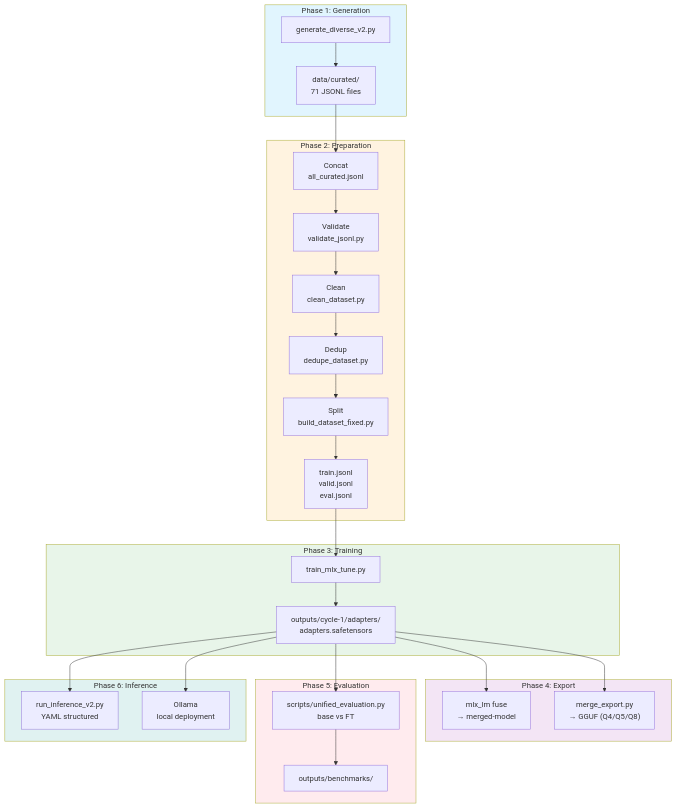
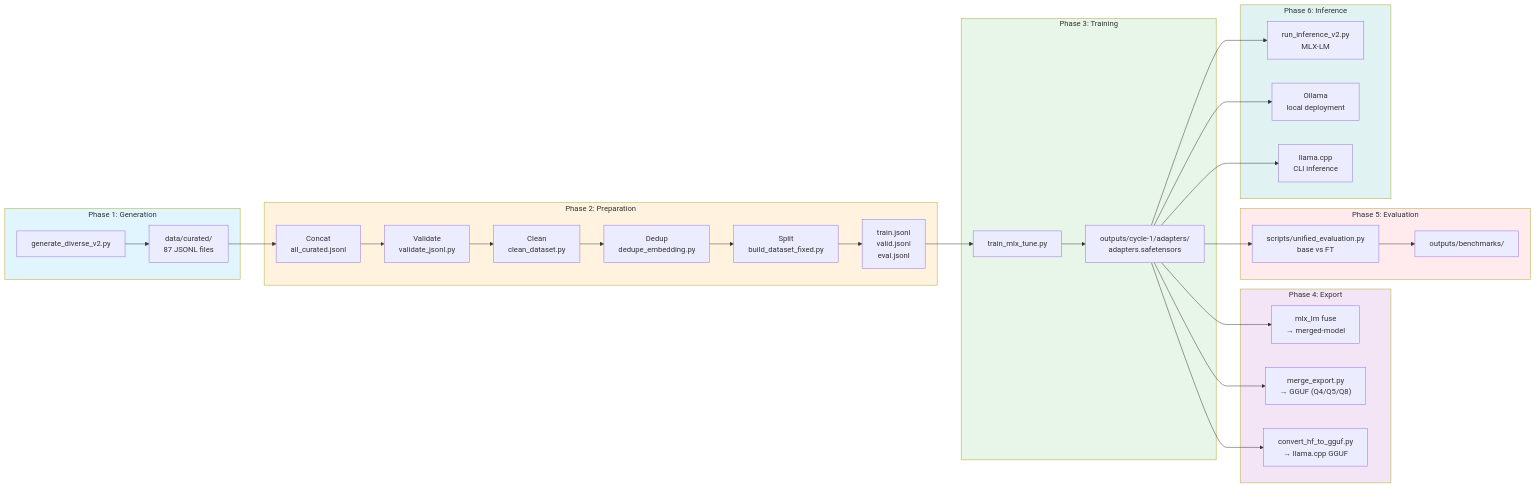
The diagram in README.md (otavio-lemos/olia-2-oci), drawn with Mermaid before and after one commit. The commit also changed other lines of this file and 209 other files, not shown here.

````diff
--- a/README.md
+++ b/README.md
@@ -19,43 +19,45 @@
 ```mermaid
-flowchart TB
+flowchart LR
     subgraph GENERATION["Phase 1: Generation"]
         A["generate_diverse_v2.py"]
-        A --> B["data/curated/<br/>71 JSONL files"]
+        A --> B["data/curated/<br/>87 JSONL files"]
     end
 
     subgraph PREPARATION["Phase 2: Preparation"]
         B --> C1["Concat<br/>all_curated.jsonl"]
         C1 --> C2["Validate<br/>validate_jsonl.py"]
         C2 --> C3["Clean<br/>clean_dataset.py"]
-        C3 --> C4["Dedup<br/>dedupe_dataset.py"]
+        C3 --> C4["Dedup<br/>dedupe_embedding.py"]
         C4 --> C5["Split<br/>build_dataset_fixed.py"]
         C5 --> D["train.jsonl<br/>valid.jsonl<br/>eval.jsonl"]
     end
 
     subgraph TRAINING["Phase 3: Training"]
         D --> E["train_mlx_tune.py"]
         E --> F["outputs/cycle-1/adapters/<br/>adapters.safetensors"]
     end
 
     subgraph EXPORT["Phase 4: Export"]
         F --> G1["mlx_lm fuse<br/>→ merged-model"]
         F --> G2["merge_export.py<br/>→ GGUF (Q4/Q5/Q8)"]
+        F --> G3["convert_hf_to_gguf.py<br/>→ llama.cpp GGUF"]
     end
 
     subgraph EVALUATION["Phase 5: Evaluation"]
         F --> H["scripts/unified_evaluation.py<br/>base vs FT"]
         H --> I["outputs/benchmarks/"]
     end
 
     subgraph INFERENCE["Phase 6: Inference"]
-        F --> J1["run_inference_v2.py<br/>YAML structured"]
+        F --> J1["run_inference_v2.py<br/>MLX-LM"]
         F --> J2["Ollama<br/>local deployment"]
+        F --> J3["llama.cpp<br/>CLI inference"]
     end
 
     style GENERATION fill:#e1f5fe
     style PREPARATION fill:#fff3e0
     style TRAINING fill:#e8f5e9
     style EXPORT fill:#f3e5f5
     style EVALUATION fill:#ffebee
     style INFERENCE fill:#e0f2f1
 ```
````
